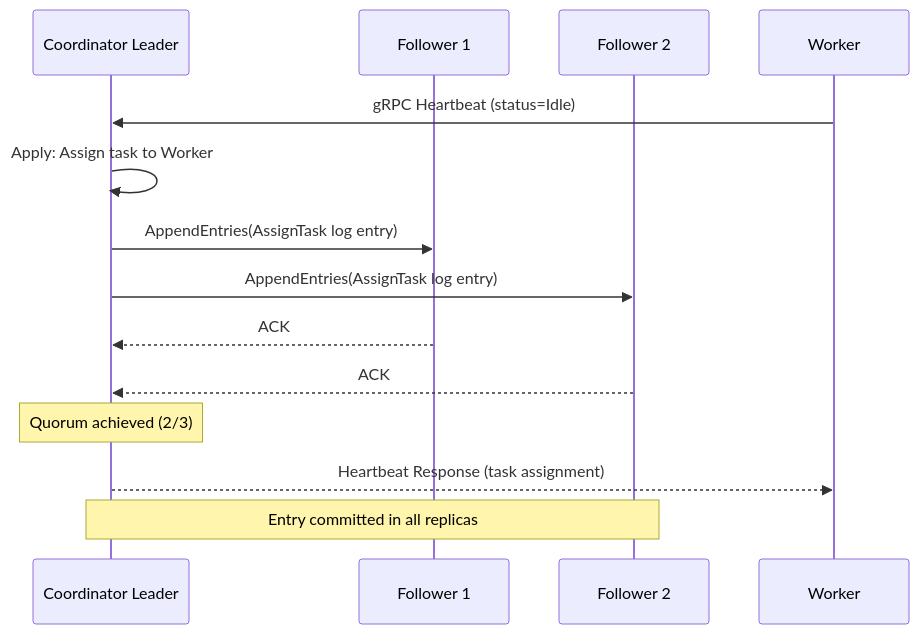
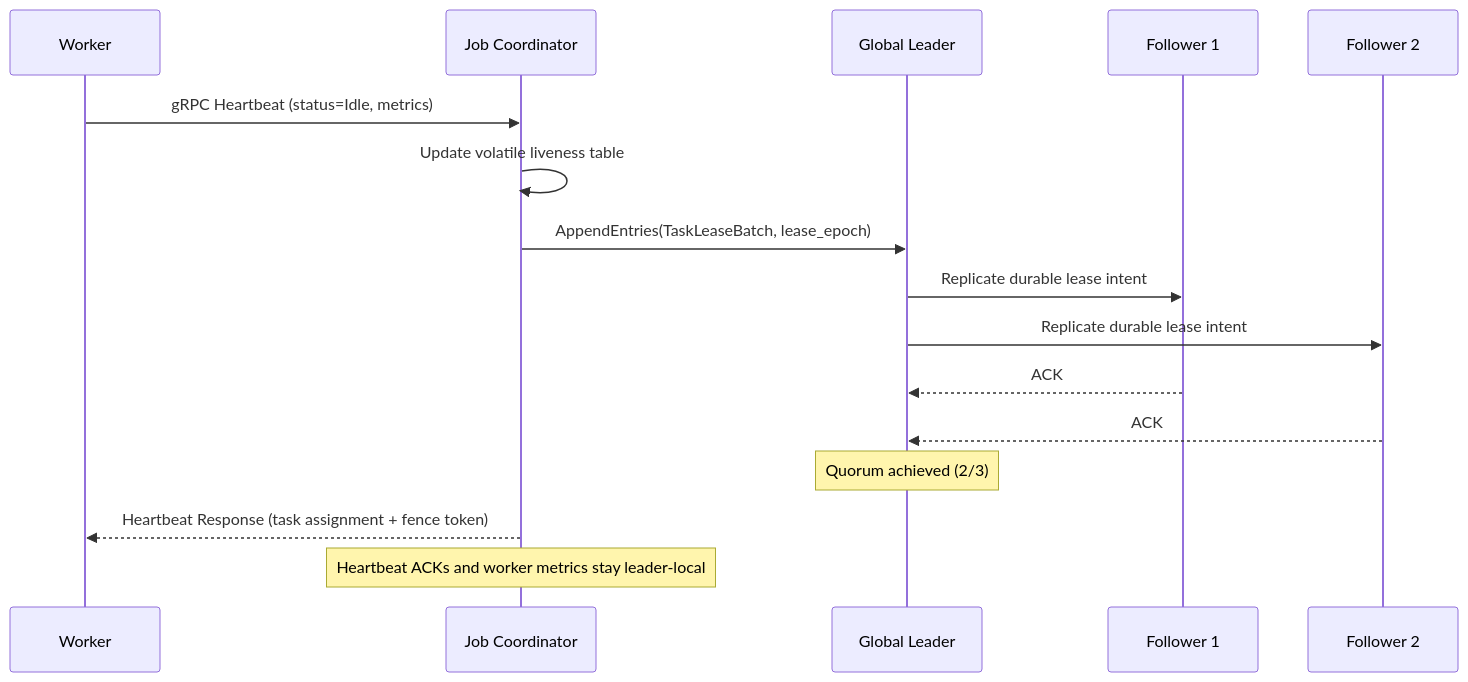
Before and after one commit to prateekpurohit13/frien: the third of 29 diagrams in docs/FRIEN_ARCHITECTURE.md, drawn with Mermaid. The commit also changed other lines of this file, not shown here.

````diff
--- a/docs/FRIEN_ARCHITECTURE.md
+++ b/docs/FRIEN_ARCHITECTURE.md
@@ -288,17 +304,19 @@
 ```mermaid
 sequenceDiagram
-    participant C1 as Coordinator Leader
+    participant W as Worker
+    participant JC as Job Coordinator
+    participant C1 as Global Leader
     participant C2 as Follower 1
     participant C3 as Follower 2
-    participant W as Worker
 
-    W->>C1: gRPC Heartbeat (status=Idle)
-    C1->>C1: Apply: Assign task to Worker
-    C1->>C2: AppendEntries(AssignTask log entry)
-    C1->>C3: AppendEntries(AssignTask log entry)
+    W->>JC: gRPC Heartbeat (status=Idle, metrics)
+    JC->>JC: Update volatile liveness table
+    JC->>C1: AppendEntries(TaskLeaseBatch, lease_epoch)
+    C1->>C2: Replicate durable lease intent
+    C1->>C3: Replicate durable lease intent
     C2-->>C1: ACK
     C3-->>C1: ACK
     Note over C1: Quorum achieved (2/3)
-    C1-->>W: Heartbeat Response (task assignment)
-    Note over C1,C3: Entry committed in all replicas
+    JC-->>W: Heartbeat Response (task assignment + fence token)
+    Note over JC: Heartbeat ACKs and worker metrics stay leader-local
 ```
````
